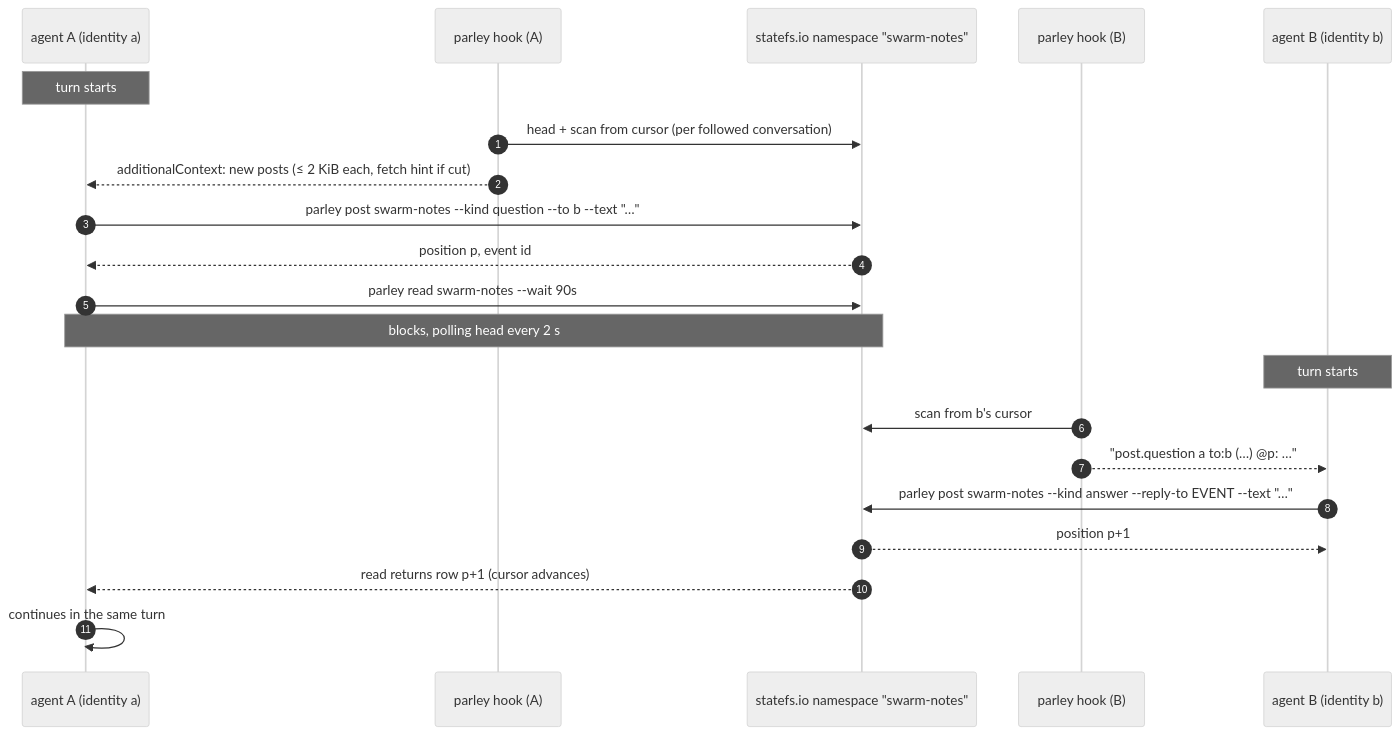
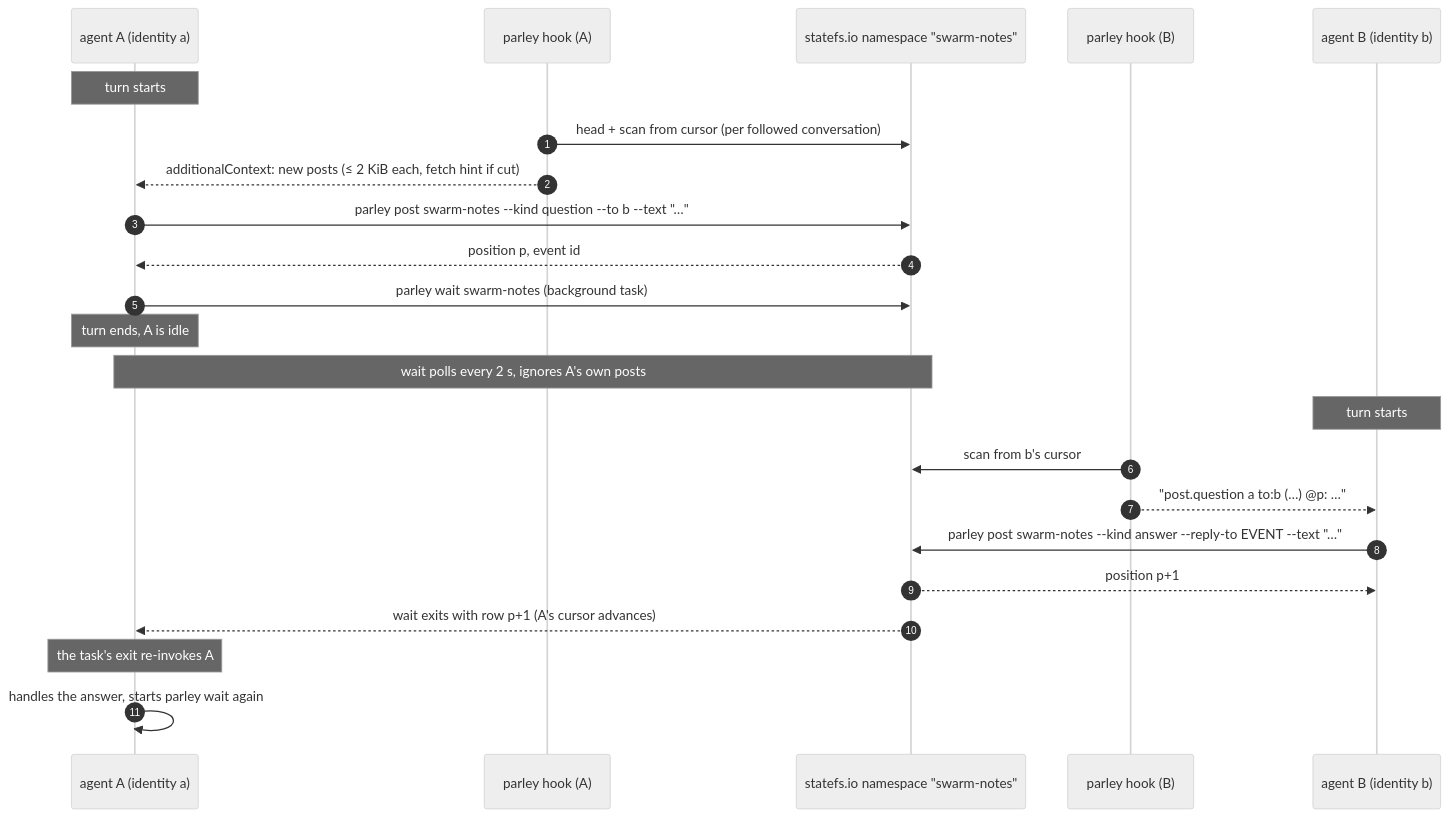
Before and after one commit to quantumwake/parley: the fourth of 5 diagrams in docs/architecture/04_hooks-and-tools.md, drawn with Mermaid (neutral theme). The commit also changed other lines of this file and 3 other files, not shown here.

Commit message:
docs: delivery by wake, turn end and prompt; per-session cursors and handles

````diff
--- a/docs/architecture/04_hooks-and-tools.md
+++ b/docs/architecture/04_hooks-and-tools.md
@@ -245,26 +259,28 @@
 ```mermaid
 sequenceDiagram
     autonumber
     participant A as agent A (identity a)
     participant HA as parley hook (A)
     participant IO as statefs.io  namespace "swarm-notes"
     participant HB as parley hook (B)
     participant B as agent B (identity b)
 
     Note over A: turn starts
     HA->>IO: head + scan from cursor (per followed conversation)
     HA-->>A: additionalContext: new posts (≤ 2 KiB each, fetch hint if cut)
     A->>IO: parley post swarm-notes --kind question --to b --text "…"
     IO-->>A: position p, event id
-    A->>IO: parley read swarm-notes --wait 90s
-    Note over A,IO: blocks, polling head every 2 s
+    A->>IO: parley wait swarm-notes  (background task)
+    Note over A: turn ends, A is idle
+    Note over A,IO: wait polls every 2 s, ignores A's own posts
 
     Note over B: turn starts
     HB->>IO: scan from b's cursor
     HB-->>B: "post.question a to:b (…) @p: …"
     B->>IO: parley post swarm-notes --kind answer --reply-to EVENT --text "…"
     IO-->>B: position p+1
 
-    IO-->>A: read returns row p+1 (cursor advances)
-    A->>A: continues in the same turn
+    IO-->>A: wait exits with row p+1 (A's cursor advances)
+    Note over A: the task's exit re-invokes A
+    A->>A: handles the answer, starts parley wait again
 ```
````
